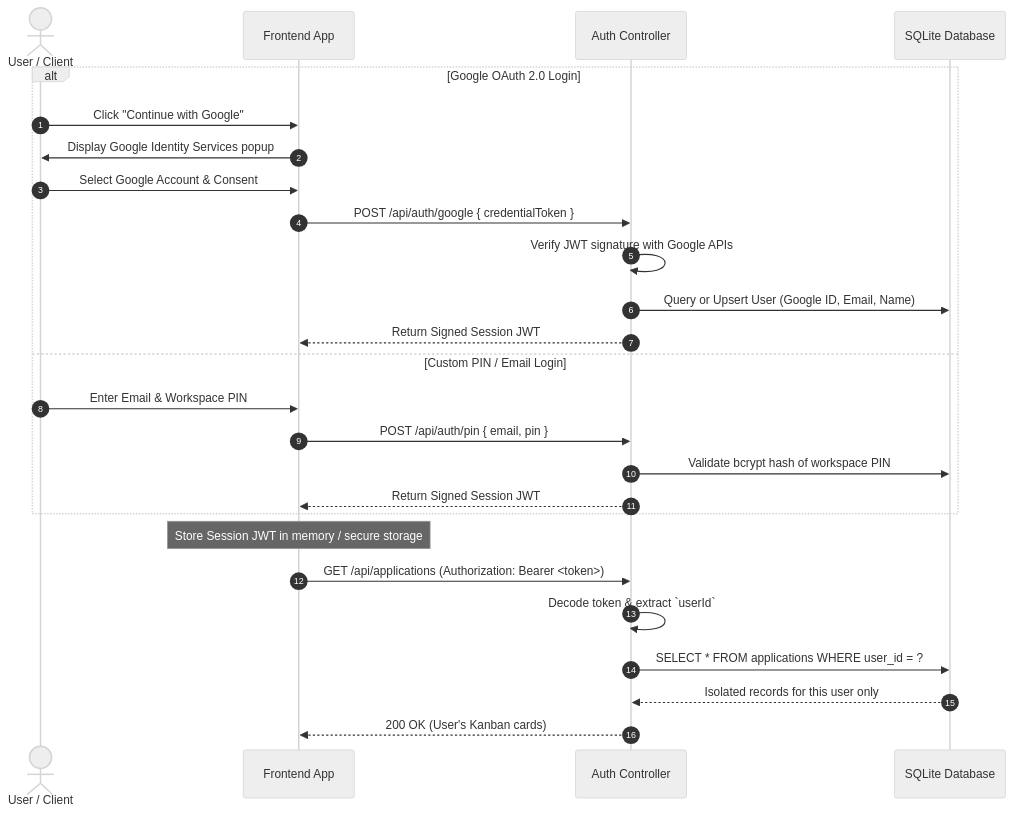
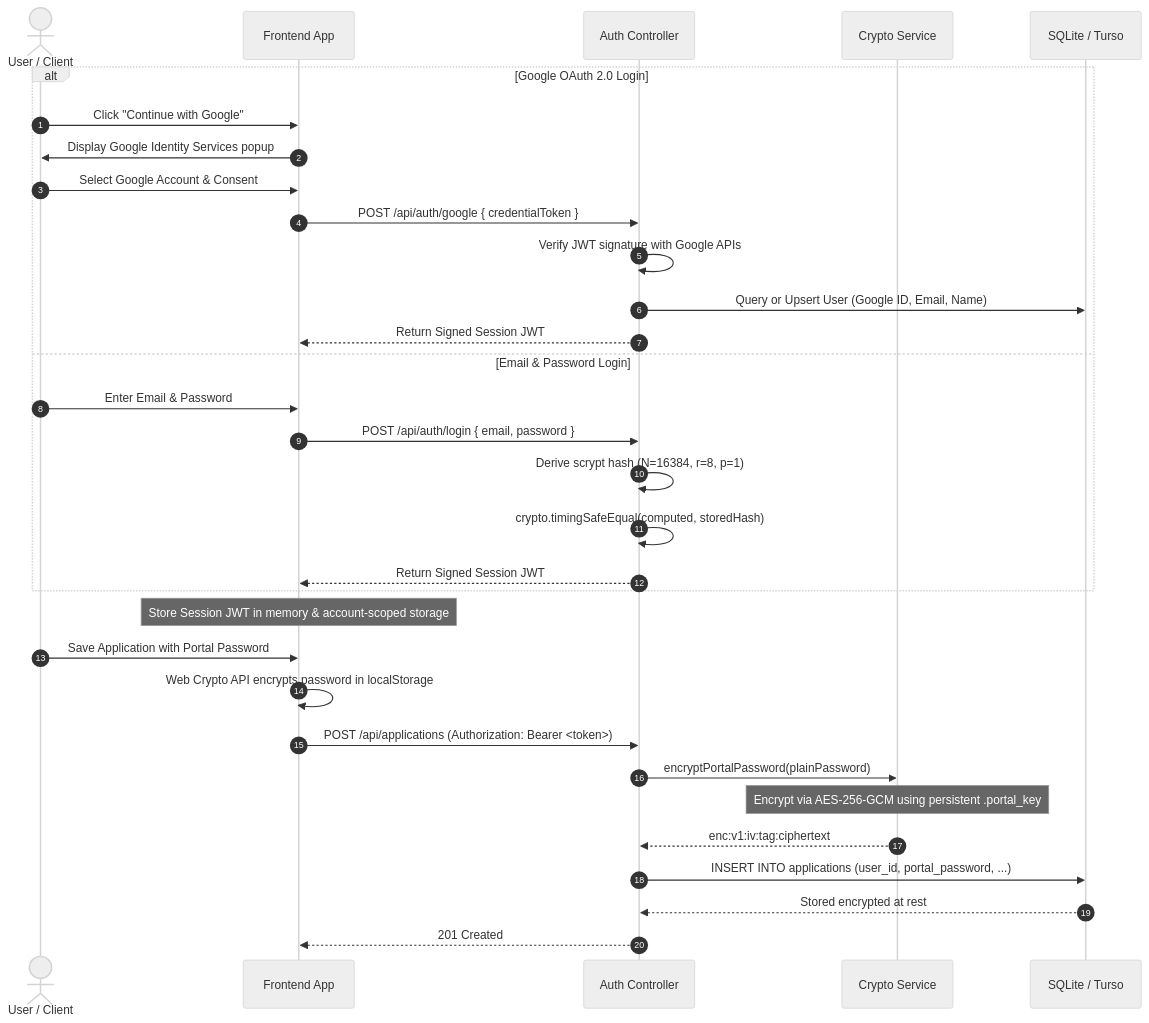
Before and after one commit to varunchandra10/job_kanban_board: the second of 3 diagrams in docs/ARCHITECTURE.md, drawn with Mermaid (neutral theme). The commit also changed other lines of this file and 5 other files, not shown here.

````diff
--- a/docs/ARCHITECTURE.md
+++ b/docs/ARCHITECTURE.md
@@ -69,30 +64,36 @@
 ```mermaid
 sequenceDiagram
     autonumber
     actor User as User / Client
     participant UI as Frontend App
     participant Auth as Auth Controller
-    participant DB as SQLite Database
+    participant Crypto as Crypto Service
+    participant DB as SQLite / Turso
 
     alt Google OAuth 2.0 Login
         User->>UI: Click "Continue with Google"
         UI->>User: Display Google Identity Services popup
         User->>UI: Select Google Account & Consent
         UI->>Auth: POST /api/auth/google { credentialToken }
         Auth->>Auth: Verify JWT signature with Google APIs
         Auth->>DB: Query or Upsert User (Google ID, Email, Name)
         Auth-->>UI: Return Signed Session JWT
-    else Custom PIN / Email Login
-        User->>UI: Enter Email & Workspace PIN
-        UI->>Auth: POST /api/auth/pin { email, pin }
-        Auth->>DB: Validate bcrypt hash of workspace PIN
+    else Email & Password Login
+        User->>UI: Enter Email & Password
+        UI->>Auth: POST /api/auth/login { email, password }
+        Auth->>Auth: Derive scrypt hash (N=16384, r=8, p=1)
+        Auth->>Auth: crypto.timingSafeEqual(computed, storedHash)
         Auth-->>UI: Return Signed Session JWT
     end
 
-    Note over UI: Store Session JWT in memory / secure storage
-    UI->>Auth: GET /api/applications (Authorization: Bearer <token>)
-    Auth->>Auth: Decode token & extract `userId`
-    Auth->>DB: SELECT * FROM applications WHERE user_id = ?
-    DB-->>Auth: Isolated records for this user only
-    Auth-->>UI: 200 OK (User's Kanban cards)
+    Note over UI: Store Session JWT in memory & account-scoped storage
+    User->>UI: Save Application with Portal Password
+    UI->>UI: Web Crypto API encrypts password in localStorage
+    UI->>Auth: POST /api/applications (Authorization: Bearer <token>)
+    Auth->>Crypto: encryptPortalPassword(plainPassword)
+    Note over Crypto: Encrypt via AES-256-GCM using persistent .portal_key
+    Crypto-->>Auth: enc:v1:iv:tag:ciphertext
+    Auth->>DB: INSERT INTO applications (user_id, portal_password, ...)
+    DB-->>Auth: Stored encrypted at rest
+    Auth-->>UI: 201 Created
 ```
````
